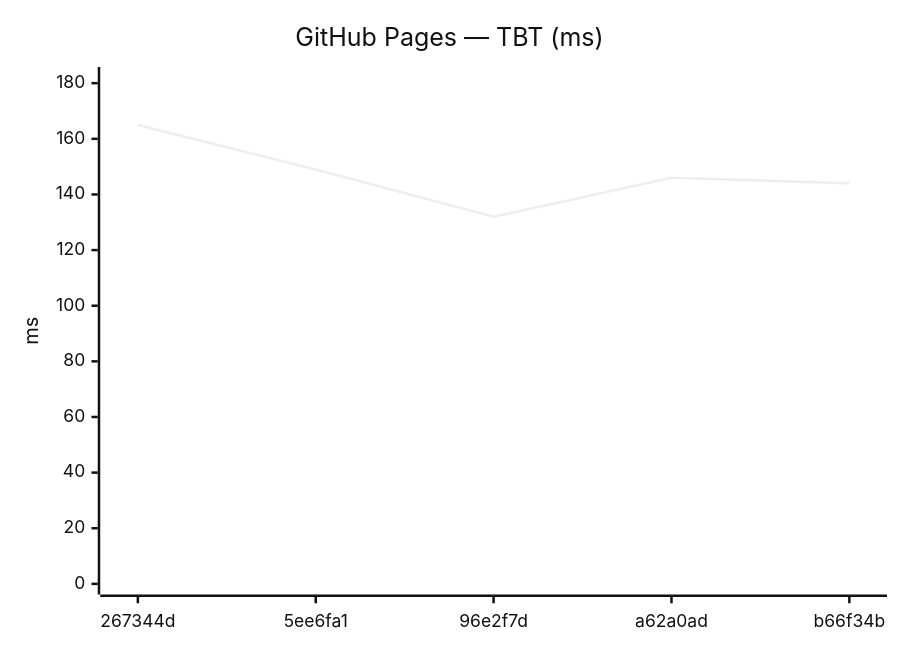
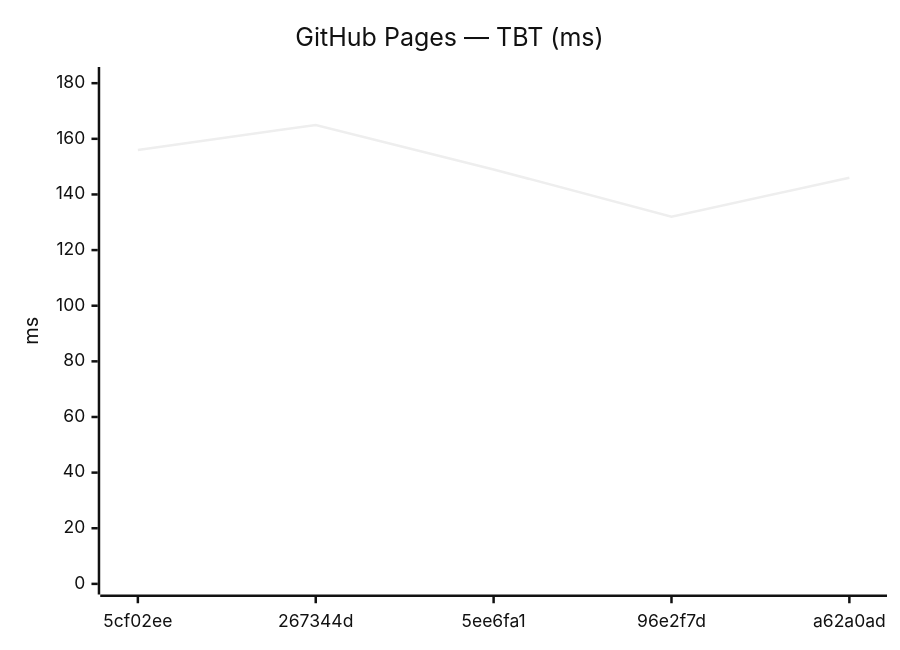
Before and after one commit to Metaheurist/Rianell: the tenth of 18 diagrams in benchmarks/compare.md, drawn with Mermaid (neutral theme). The commit also changed other lines of this file and 11 other files, not shown here.

````diff
--- a/benchmarks/compare.md
+++ b/benchmarks/compare.md
@@ -149,7 +149,7 @@
 ```mermaid
 xychart-beta
     title "GitHub Pages — TBT (ms)"
-    x-axis ["267344d", "5ee6fa1", "96e2f7d", "a62a0ad", "b66f34b"]
+    x-axis ["5cf02ee", "267344d", "5ee6fa1", "96e2f7d", "a62a0ad"]
     y-axis "ms" 0 --> 182
-    line [165, 149, 132, 146, 144]
+    line [156, 165, 149, 132, 146]
 ```
````
